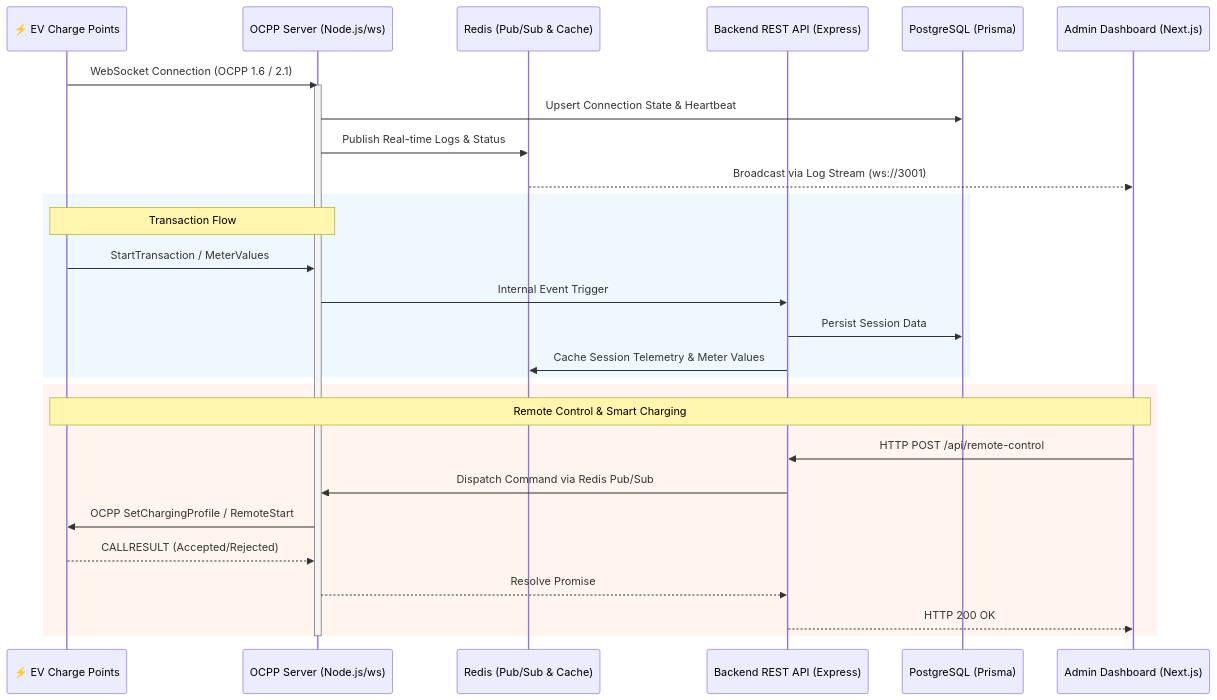
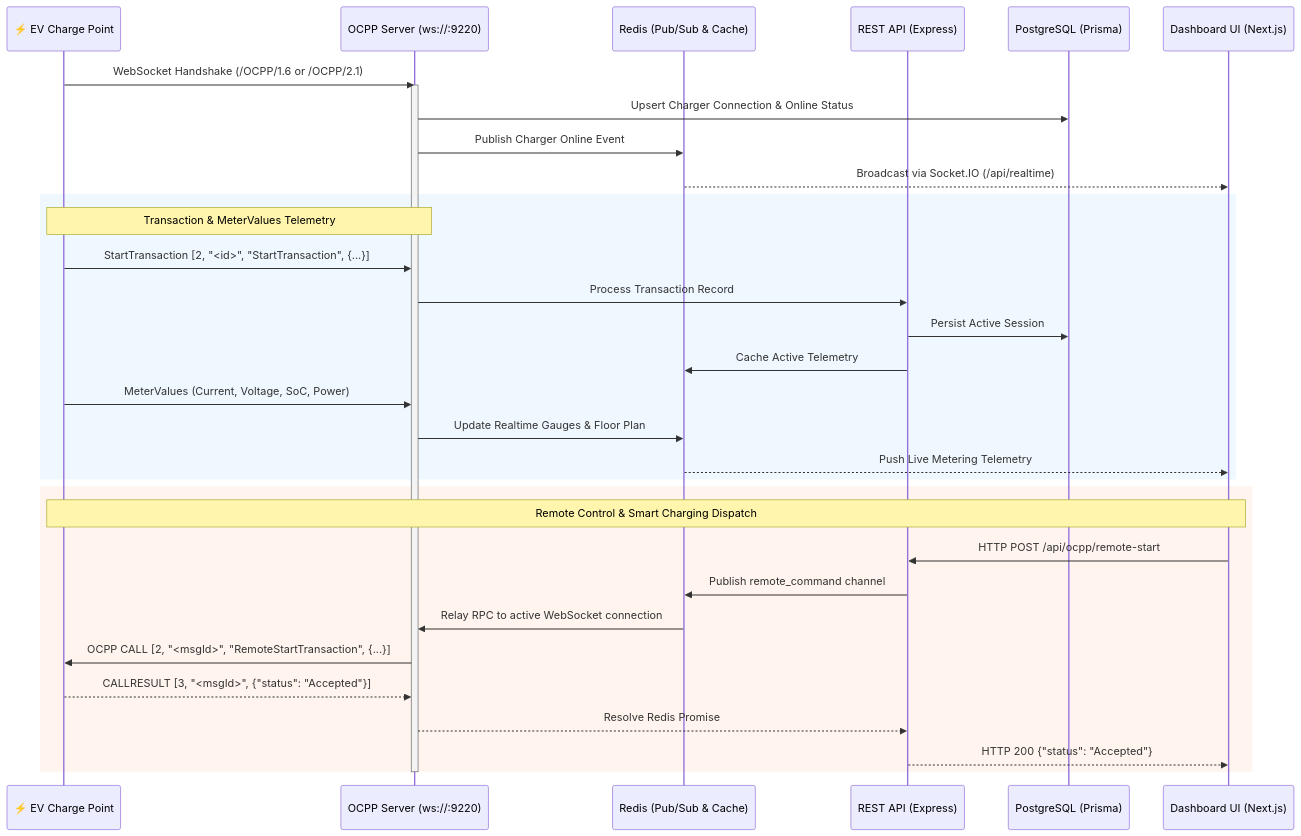
The second of 2 diagrams in Manual/platform_overview.md (webdotpulse/GRID-OCPP-CPMS), drawn with Mermaid before and after one commit. The commit also changed other lines of this file and 8 other files, not shown here.

Commit message:
docs: improve advanced smart charging and V2G technical documentation with detailed diagrams and flowcharts

````diff
--- a/Manual/platform_overview.md
+++ b/Manual/platform_overview.md
@@ -15,34 +48,38 @@
 ```mermaid
 sequenceDiagram
-    participant CP as ⚡ EV Charge Points
-    participant OCPP as OCPP Server (Node.js/ws)
+    participant CP as ⚡ EV Charge Point
+    participant OCPP as OCPP Server (ws://:9220)
     participant Redis as Redis (Pub/Sub & Cache)
-    participant API as Backend REST API (Express)
+    participant API as REST API (Express)
     participant DB as PostgreSQL (Prisma)
-    participant UI as Admin Dashboard (Next.js)
+    participant UI as Dashboard UI (Next.js)
 
-    CP->>OCPP: WebSocket Connection (OCPP 1.6 / 2.1)
+    CP->>OCPP: WebSocket Handshake (/OCPP/1.6 or /OCPP/2.1)
     activate OCPP
-    OCPP->>DB: Upsert Connection State & Heartbeat
-    OCPP->>Redis: Publish Real-time Logs & Status
-    Redis-->>UI: Broadcast via Log Stream (ws://3001)
+    OCPP->>DB: Upsert Charger Connection & Online Status
+    OCPP->>Redis: Publish Charger Online Event
+    Redis-->>UI: Broadcast via Socket.IO (/api/realtime)
 
     rect rgb(240, 248, 255)
-    Note over CP,OCPP: Transaction Flow
-    CP->>OCPP: StartTransaction / MeterValues
-    OCPP->>API: Internal Event Trigger
-    API->>DB: Persist Session Data
-    API->>Redis: Cache Session Telemetry & Meter Values
+    Note over CP,OCPP: Transaction & MeterValues Telemetry
+    CP->>OCPP: StartTransaction [2, "<id>", "StartTransaction", {...}]
+    OCPP->>API: Process Transaction Record
+    API->>DB: Persist Active Session
+    API->>Redis: Cache Active Telemetry
+    CP->>OCPP: MeterValues (Current, Voltage, SoC, Power)
+    OCPP->>Redis: Update Realtime Gauges & Floor Plan
+    Redis-->>UI: Push Live Metering Telemetry
     end
 
     rect rgb(255, 245, 238)
-    Note over UI,CP: Remote Control & Smart Charging
-    UI->>API: HTTP POST /api/remote-control
-    API->>OCPP: Dispatch Command via Redis Pub/Sub
-    OCPP->>CP: OCPP SetChargingProfile / RemoteStart
-    CP-->>OCPP: CALLRESULT (Accepted/Rejected)
-    OCPP-->>API: Resolve Promise
-    API-->>UI: HTTP 200 OK
+    Note over UI,CP: Remote Control & Smart Charging Dispatch
+    UI->>API: HTTP POST /api/ocpp/remote-start
+    API->>Redis: Publish remote_command channel
+    Redis->>OCPP: Relay RPC to active WebSocket connection
+    OCPP->>CP: OCPP CALL [2, "<msgId>", "RemoteStartTransaction", {...}]
+    CP-->>OCPP: CALLRESULT [3, "<msgId>", {"status": "Accepted"}]
+    OCPP-->>API: Resolve Redis Promise
+    API-->>UI: HTTP 200 {"status": "Accepted"}
     end
     deactivate OCPP
 ```
````
